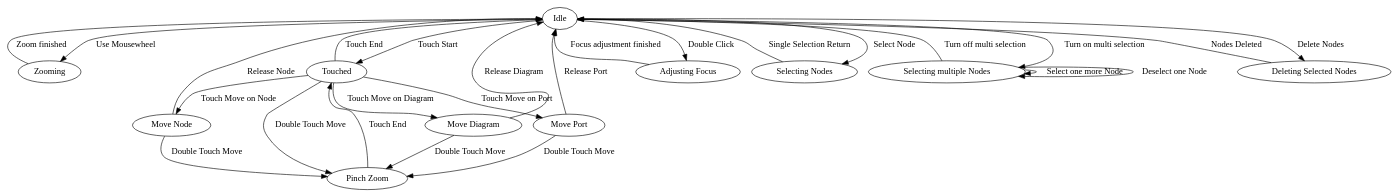
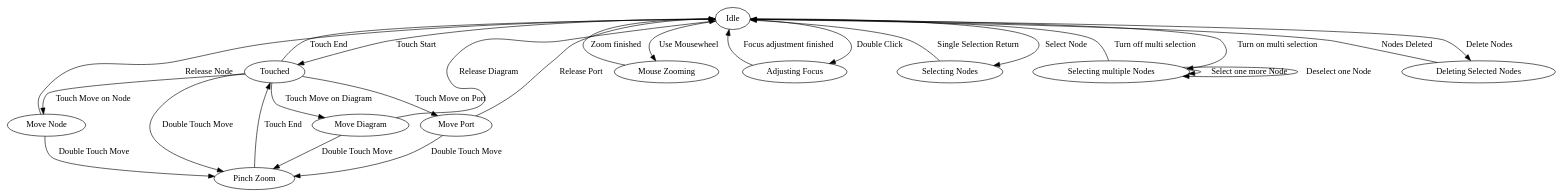
Before and after one commit to Oppodelldog/touch-graph: the diagram in src/Flow/states.dot, drawn with Graphviz. The commit also changed 10 other files, not shown here.

```diff
--- a/src/Flow/states.dot
+++ b/src/Flow/states.dot
@@ -1,33 +1,32 @@
 digraph {
-    "Idle" -> "Zooming" [ label = "Use Mousewheel" ]
-    "Zooming" -> "Idle" [ label = "Zoom finished" ]
-
     "Idle"         -> "Touched"      [ label = "Touch Start" ]
     "Touched"      -> "Move Diagram" [ label = "Touch Move on Diagram" ]
     "Touched"      -> "Move Node"    [ label = "Touch Move on Node" ]
     "Touched"      -> "Move Port"    [ label = "Touch Move on Port" ]
     "Touched"      -> "Pinch Zoom"   [ label = "Double Touch Move" ]
     "Touched"      -> "Idle"         [ label = "Touch End" ]
     "Move Diagram" -> "Pinch Zoom"   [ label = "Double Touch Move" ]
     "Move Diagram" -> "Idle"         [ label = "Release Diagram" ]
     "Move Node"    -> "Pinch Zoom"   [ label = "Double Touch Move" ]
     "Move Node"    -> "Idle"         [ label = "Release Node" ]
     "Move Port"    -> "Pinch Zoom"   [ label = "Double Touch Move" ]
     "Move Port"    -> "Idle"         [ label = "Release Port" ]
     "Pinch Zoom"   -> "Touched"      [ label = "Touch End" ]
 
+    "Idle" -> "Mouse Zooming" [ label = "Use Mousewheel" ]
+    "Mouse Zooming" -> "Idle" [ label = "Zoom finished" ]
 
     "Idle" -> "Adjusting Focus" [ label = "Double Click" ]
     "Adjusting Focus" -> "Idle" [ label = "Focus adjustment finished" ]
 
     "Idle" -> "Selecting Nodes" [ label = "Select Node" ]
     "Selecting Nodes" -> "Idle" [ label = "Single Selection Return" ]
 
     "Idle" -> "Selecting multiple Nodes" [ label = "Turn on multi selection" ]
     "Selecting multiple Nodes" -> "Selecting multiple Nodes" [ label = "Select one more Node" ]
     "Selecting multiple Nodes" -> "Selecting multiple Nodes" [ label = "Deselect one Node" ]
     "Selecting multiple Nodes" -> "Idle" [ label = "Turn off multi selection" ]
 
     "Idle" -> "Deleting Selected Nodes" [ label = "Delete Nodes" ]
     "Deleting Selected Nodes" -> "Idle" [ label = "Nodes Deleted" ]
 }
```
